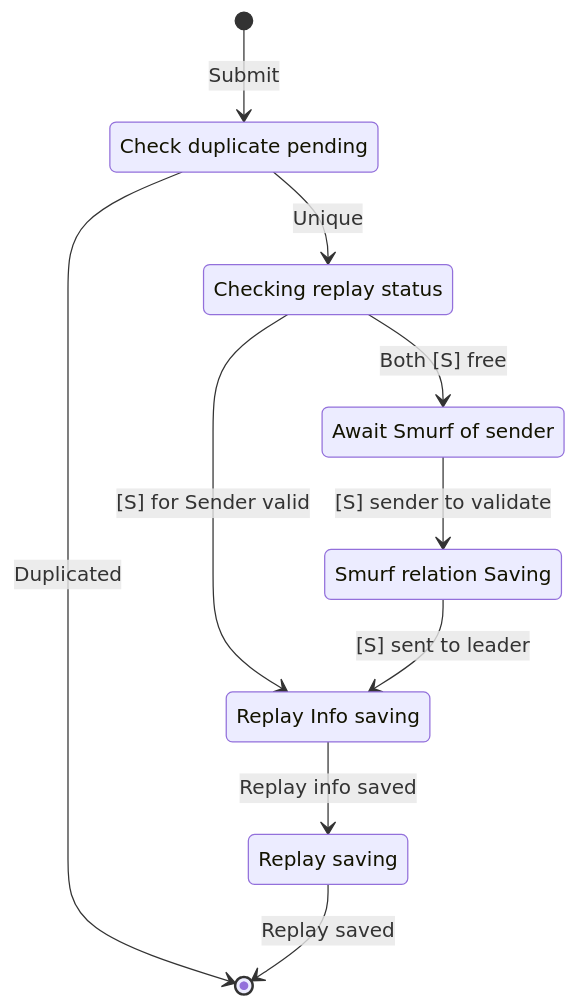
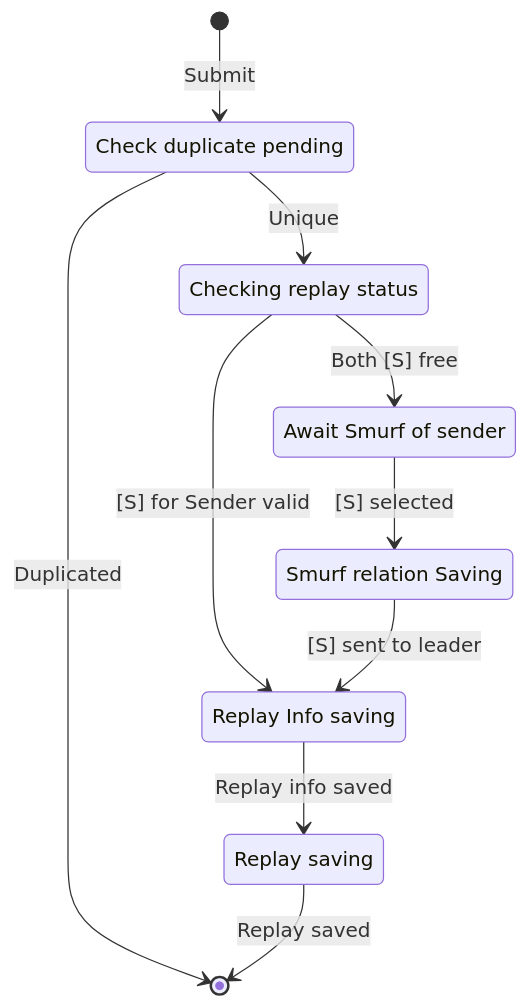
Before and after one commit to vmchura/dsl: the diagram in docs/TeamReplaySubmit.md, drawn with Mermaid.

Commit message:
TeamReplaySubmit.md docs

````diff
--- a/docs/TeamReplaySubmit.md
+++ b/docs/TeamReplaySubmit.md
@@ -1,19 +1,19 @@
 ```mermaid
 stateDiagram-v2
 
     DupPending: Check duplicate pending
     CheckingStatus: Checking replay status
     AwaitSaveReplay: Replay saving
     AwaitSmurfSender: Await Smurf of sender
     AwaitSaveRelation: Smurf relation Saving
     AwaitSaveRepInfo: Replay Info saving
     [*] --> DupPending : Submit
     DupPending --> CheckingStatus : Unique
     DupPending --> [*] : Duplicated
     CheckingStatus --> AwaitSaveRepInfo : [S] for Sender valid
     CheckingStatus --> AwaitSmurfSender : Both [S] free
     AwaitSaveReplay --> [*] : Replay saved
     AwaitSaveRelation --> AwaitSaveRepInfo : [S] sent to leader
     AwaitSaveRepInfo --> AwaitSaveReplay : Replay info saved
-    AwaitSmurfSender --> AwaitSaveRelation : [S] sender to validate
+    AwaitSmurfSender --> AwaitSaveRelation : [S] selected
 ```
````
